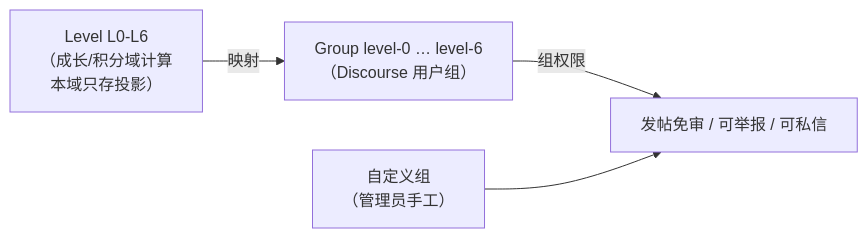
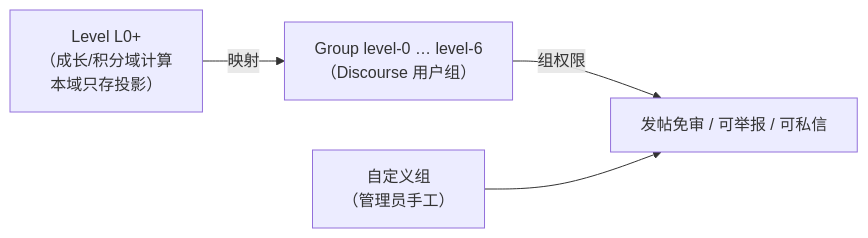
One commit to deepdemos/ds-demos-showcase changed the fourth of 5 diagrams in docs/身份服务模型设计.md. Above: the diagram before and after it, drawn with Mermaid. The commit also changed other lines of this file and 6 other files, not shown here.

````diff
--- a/docs/身份服务模型设计.md
+++ b/docs/身份服务模型设计.md
@@ -540,6 +542,6 @@
 ```mermaid
 flowchart LR
-    L["Level L0-L6<br/>（成长/积分域计算<br/>本域只存投影）"] -->|"映射"| G["Group level-0 … level-6<br/>（Discourse 用户组）"]
+    L["Level L0+<br/>（成长/积分域计算<br/>本域只存投影）"] -->|"映射"| G["Group level-0 … level-6<br/>（Discourse 用户组）"]
     G -->|"组权限"| P["发帖免审 / 可举报 / 可私信"]
     C["自定义组<br/>（管理员手工）"] --> P
 ```
````
